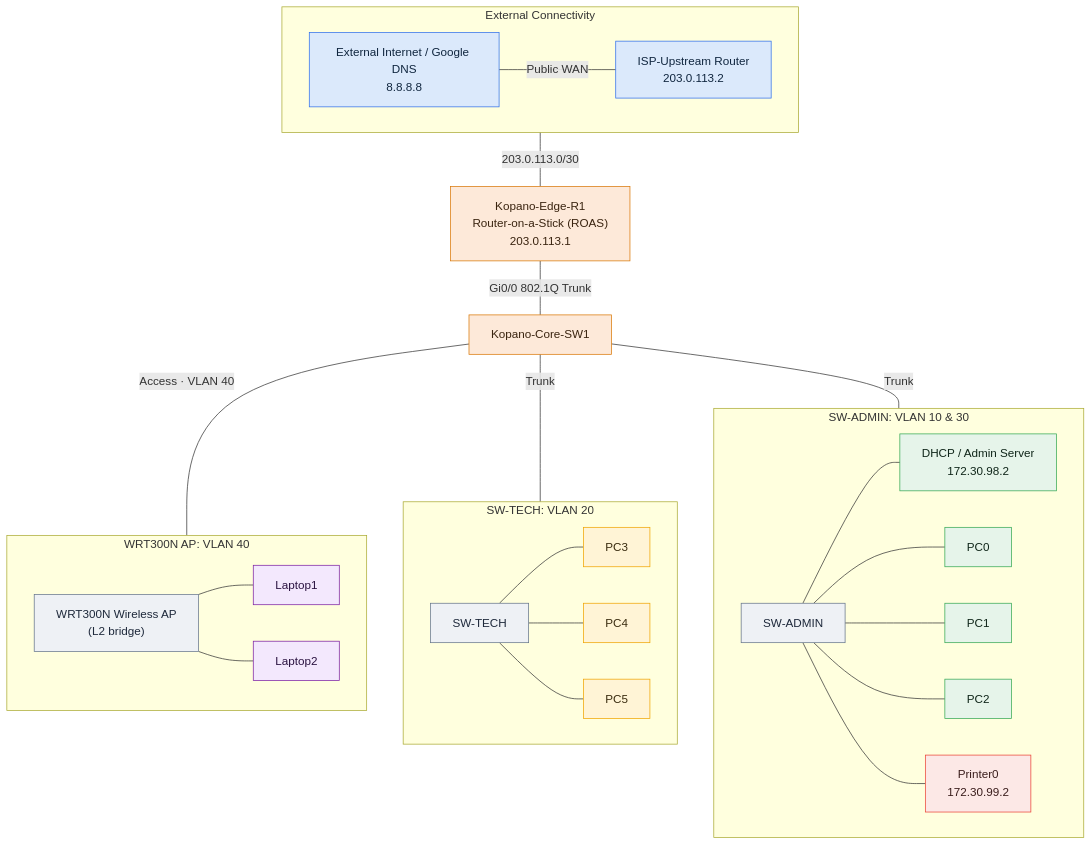
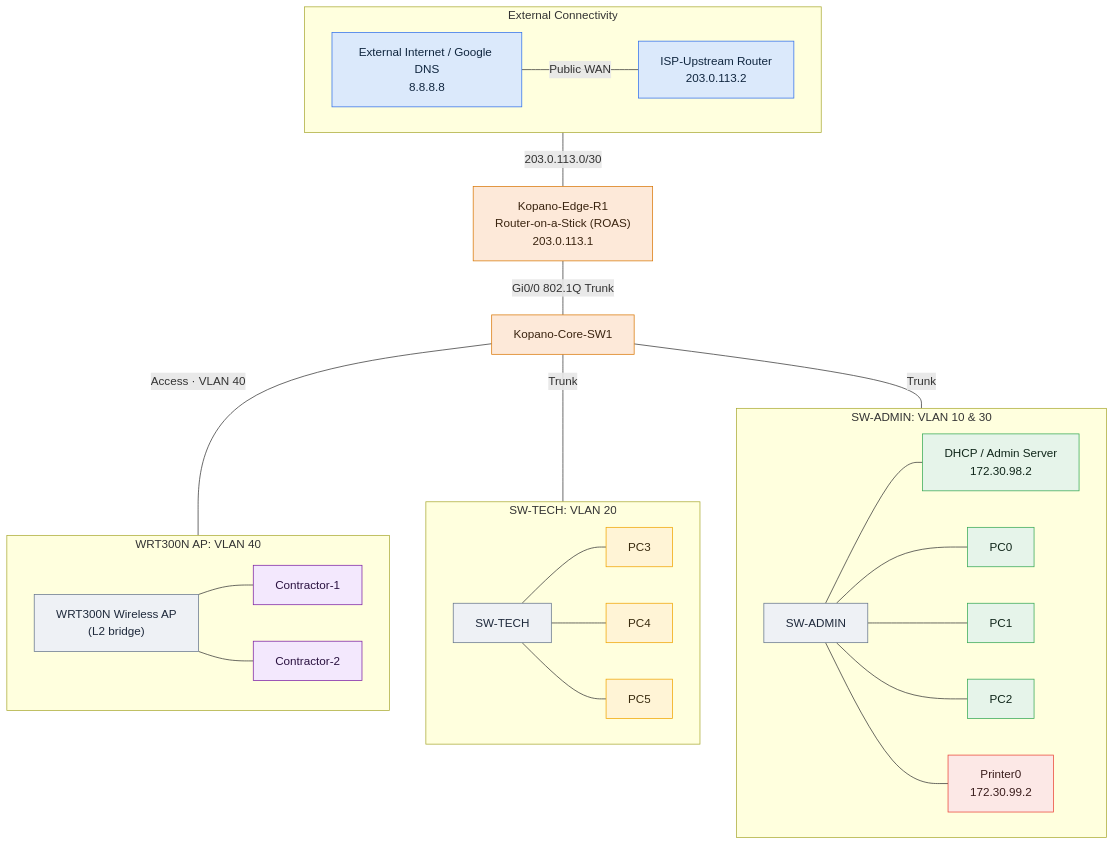
The diagram in README.md (Naxisbeast/CMPG325-Kopano-Network), drawn with Mermaid before and after one commit. The commit also changed other lines of this file, not shown here.

````diff
--- a/README.md
+++ b/README.md
@@ -56,65 +56,65 @@
 ```mermaid
 flowchart TB
     %% Colour key
     classDef wan    fill:#dbe9fb,stroke:#2f6feb,color:#10263f
     classDef core   fill:#fde9d9,stroke:#d97706,color:#3a2410
     classDef access fill:#eef1f5,stroke:#64748b,color:#1e293b
     classDef v10    fill:#e6f4ea,stroke:#34a853,color:#10261a
     classDef v30    fill:#fce8e6,stroke:#ea4335,color:#3a1d1c
     classDef v20    fill:#fff4d6,stroke:#f0a500,color:#3a2c10
     classDef v40    fill:#f3e8fd,stroke:#7b1fa2,color:#2a1240
 
     subgraph EXTERNAL["External Connectivity"]
         direction LR
         INET["External Internet / Google DNS<br/>8.8.8.8"]
         ISP["ISP-Upstream Router<br/>203.0.113.2"]
     end
 
     EDGE["Kopano-Edge-R1<br/>Router-on-a-Stick (ROAS)<br/>203.0.113.1"]
     CORE["Kopano-Core-SW1"]
 
     INET ---|"Public WAN"| ISP
     ISP ---|"203.0.113.0/30"| EDGE
     EDGE ---|"Gi0/0 802.1Q Trunk"| CORE
 
     subgraph ADMIN["SW-ADMIN: VLAN 10 & 30"]
         direction LR
         SWA["SW-ADMIN"]
         SRV["DHCP / Admin Server<br/>172.30.98.2"]
         P0["PC0"]
         P1["PC1"]
         P2["PC2"]
         PRN["Printer0<br/>172.30.99.2"]
         SWA --- SRV & P0 & P1 & P2
         SWA --- PRN
     end
 
     subgraph TECH["SW-TECH: VLAN 20"]
         direction LR
         SWT["SW-TECH"]
         P3["PC3"]
         P4["PC4"]
         P5["PC5"]
         SWT --- P3 & P4 & P5
     end
 
     subgraph GUEST["WRT300N AP: VLAN 40"]
         direction LR
         AP["WRT300N Wireless AP<br/>(L2 bridge)"]
-        L1["Laptop1"]
-        L2["Laptop2"]
+        L1["Contractor-1"]
+        L2["Contractor-2"]
         AP --- L1 & L2
     end
 
     CORE ---|"Trunk"| SWA
     CORE ---|"Trunk"| SWT
     CORE ---|"Access · VLAN 40"| AP
 
     class INET,ISP wan
     class EDGE,CORE core
     class SWA,SWT,AP access
     class SRV,P0,P1,P2 v10
     class PRN v30
     class P3,P4,P5 v20
     class L1,L2 v40
 ```
````
